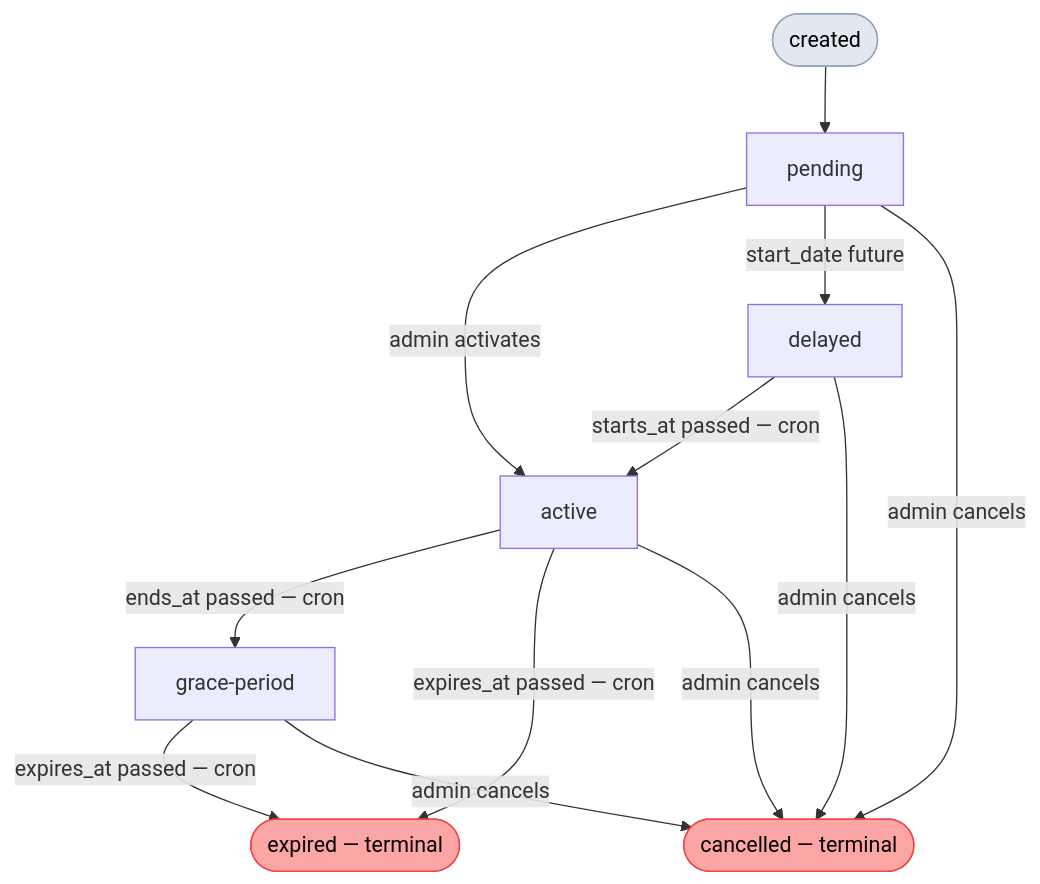
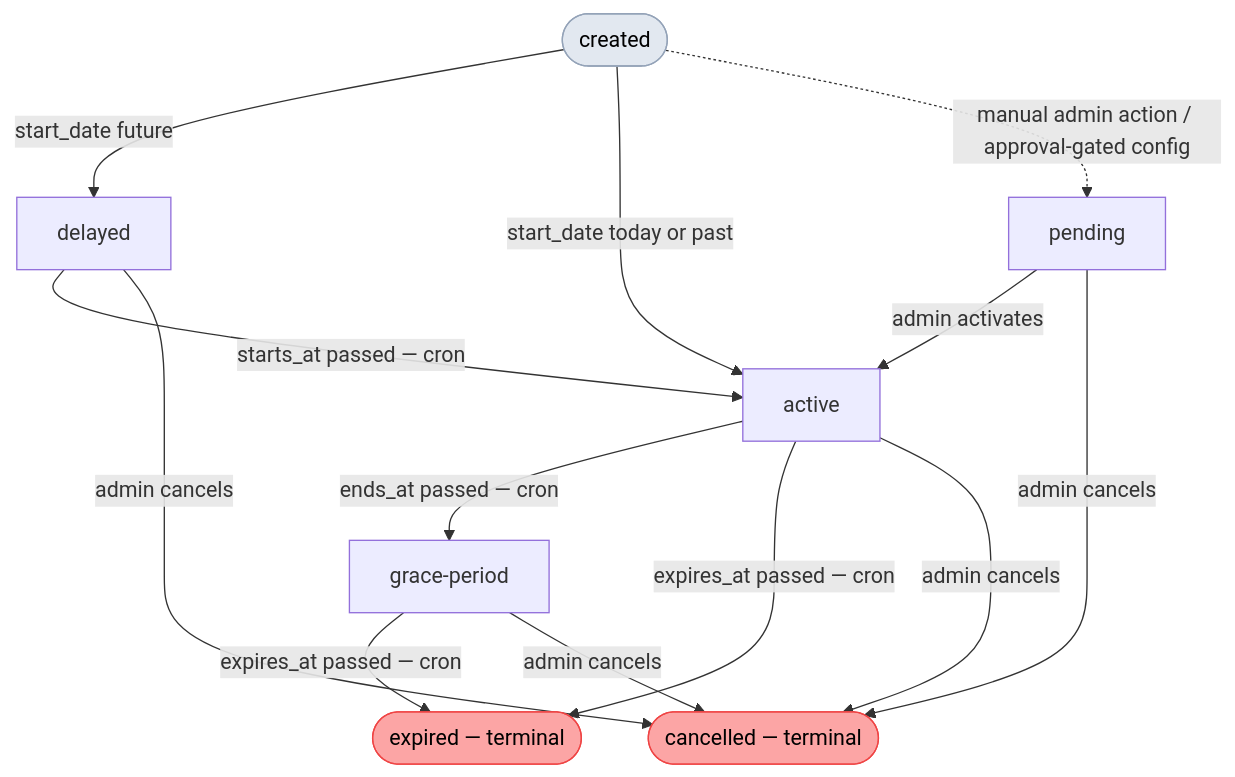
One commit to industrialdev/wicket-wp-memberships changed the diagram in docs/public/membership-bundles/concepts/bundle-lifecycle.md. Above: the diagram before and after it, drawn with Mermaid. The commit also changed other lines of this file and 2 other files, not shown here.

First line of the commit message:
fix: activate new membership bundles immediately instead of pending

````diff
--- a/docs/public/membership-bundles/concepts/bundle-lifecycle.md
+++ b/docs/public/membership-bundles/concepts/bundle-lifecycle.md
@@ -33,25 +33,26 @@
 ```mermaid
 flowchart TD
-    created([created]) --> pending
+    created([created]) -->|start_date future| delayed
+    created -->|start_date today or past| active
+    created -.->|manual admin action / approval-gated config| pending
 
     pending -->|admin activates| active
-    pending -->|start_date future| delayed
     pending -->|admin cancels| cancelled
 
     delayed -->|starts_at passed — cron| active
     delayed -->|admin cancels| cancelled
 
     active -->|ends_at passed — cron| grace-period
     active -->|expires_at passed — cron| expired
     active -->|admin cancels| cancelled
 
     grace-period -->|expires_at passed — cron| expired
     grace-period -->|admin cancels| cancelled
 
     expired([expired — terminal])
     cancelled([cancelled — terminal])
 
     style expired fill:#fca5a5,stroke:#ef4444,color:#000
     style cancelled fill:#fca5a5,stroke:#ef4444,color:#000
     style created fill:#e2e8f0,stroke:#94a3b8,color:#000
 ```
````
